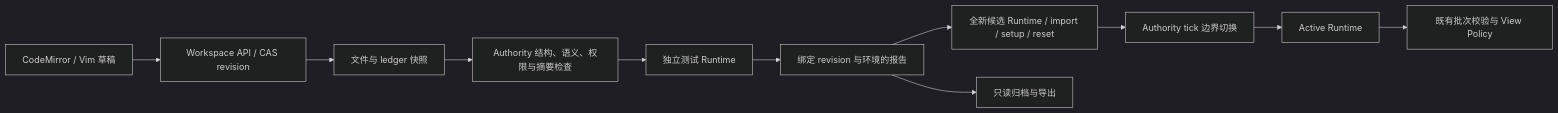
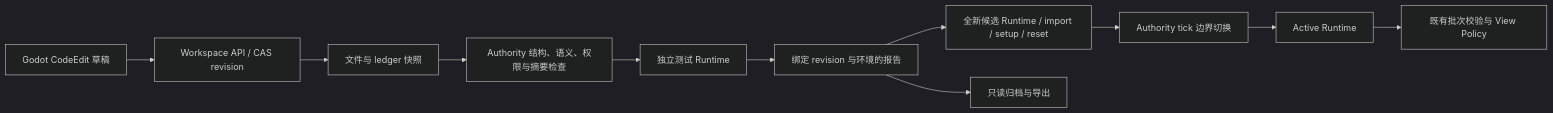
Before and after one commit to Yangyongyu0506/TankBot: the diagram in docs/17_EDITOR_AND_DEPLOYMENT.md, drawn with Mermaid (dark theme). The commit also changed other lines of this file and 177 other files, not shown here.

````diff
--- a/docs/17_EDITOR_AND_DEPLOYMENT.md
+++ b/docs/17_EDITOR_AND_DEPLOYMENT.md
@@ -15,13 +17,13 @@
 ```mermaid
 flowchart LR
-    CM[CodeMirror / Vim 草稿] --> SAVE[Workspace API / CAS revision]
+    CM[Godot CodeEdit 草稿] --> SAVE[Workspace API / CAS revision]
     SAVE --> SNAP[文件与 ledger 快照]
     SNAP --> CHECK[Authority 结构、语义、权限与摘要检查]
     CHECK --> TEST[独立测试 Runtime]
     TEST --> REPORT[绑定 revision 与环境的报告]
     REPORT --> STAGE[全新候选 Runtime / import / setup / reset]
     STAGE --> GATE[Authority tick 边界切换]
     GATE --> ACTIVE[Active Runtime]
     ACTIVE --> OUTPUT[既有批次校验与 View Policy]
     REPORT --> ARCHIVE[只读归档与导出]
 ```
````
